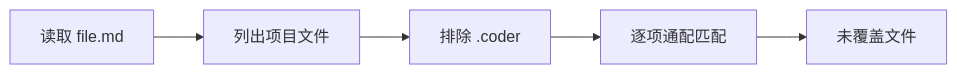
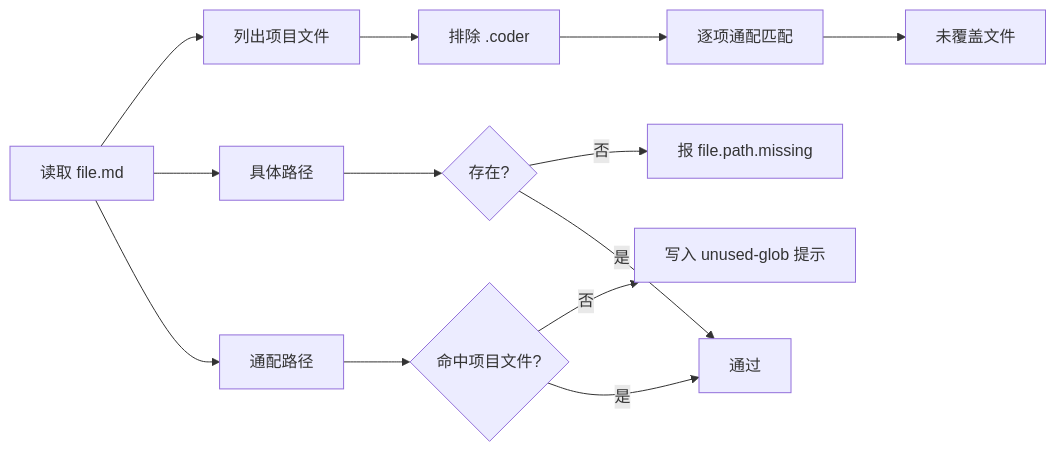
One commit to Cangjier/coder changed the second of 15 diagrams in .coder/design/flow.md. Above: the diagram before and after it, drawn with Mermaid. The commit also changed other lines of this file and 12 other files, not shown here.

````diff
--- a/.coder/design/flow.md
+++ b/.coder/design/flow.md
@@ -14,7 +14,15 @@
 ```mermaid
 flowchart LR
   A[读取 file.md] --> B[列出项目文件]
   B --> C[排除 .coder]
   C --> D[逐项通配匹配]
   D --> E[未覆盖文件]
+  A --> F[具体路径]
+  F --> G{存在?}
+  G -- 否 --> H[报 file.path.missing]
+  A --> J[通配路径]
+  J --> K{命中项目文件?}
+  K -- 否 --> L[写入 unused-glob 提示]
+  K -- 是 --> I[通过]
+  G -- 是 --> I
 ```
````
